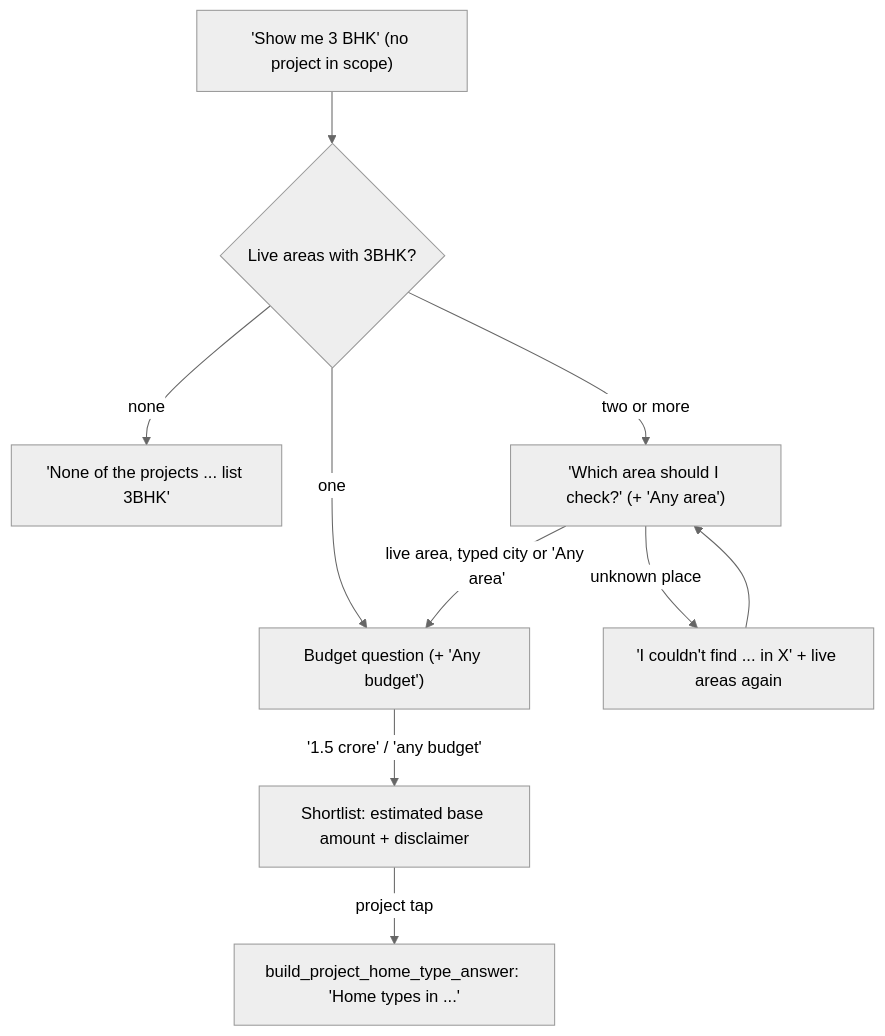
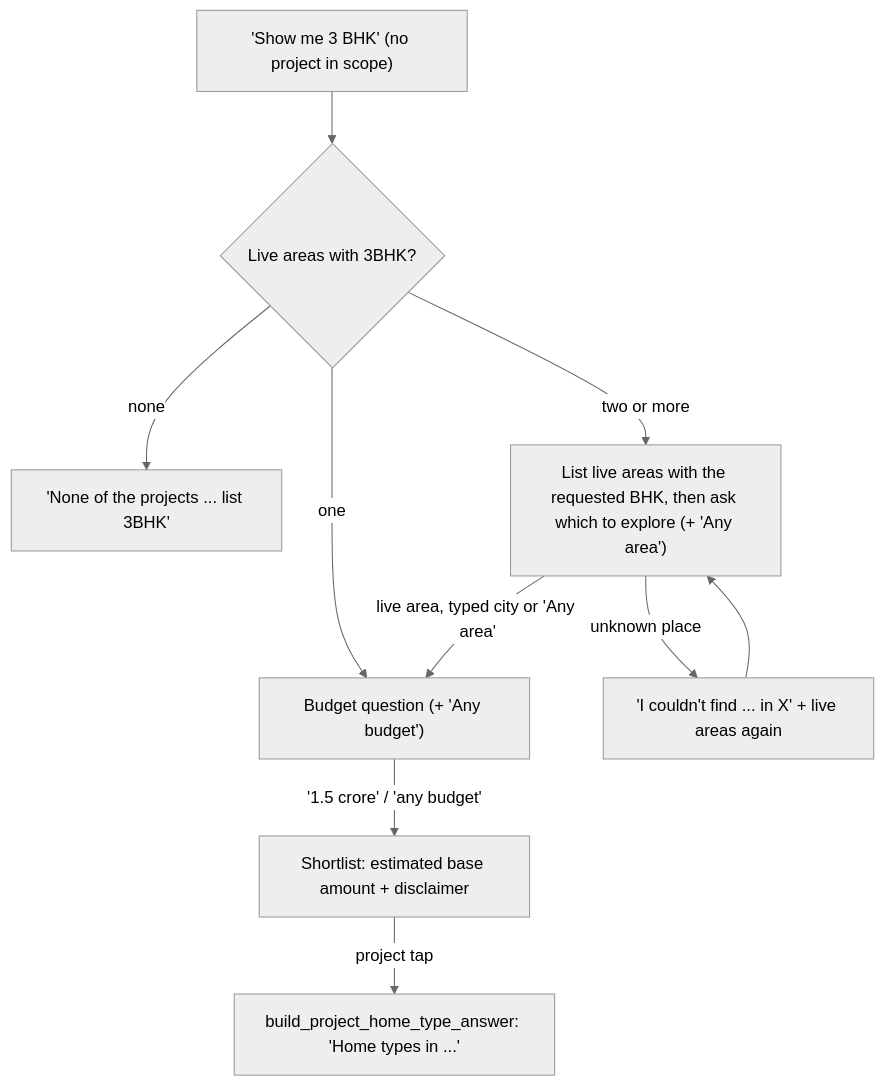
Before and after one commit to Anish-1205/acrobuild_customercare: the second of 2 diagrams in docs/CHAT_FLOW.md, drawn with Mermaid (neutral theme). The commit also changed 4 other files, not shown here.

Commit message:
Show eligible live areas before locality selection

````diff
--- a/docs/CHAT_FLOW.md
+++ b/docs/CHAT_FLOW.md
@@ -151,12 +151,12 @@
 ```mermaid
 flowchart TD
   Ask["'Show me 3 BHK' (no project in scope)"] --> Areas{"Live areas with 3BHK?"}
   Areas -->|none| NoConfig["'None of the projects ... list 3BHK'"]
   Areas -->|one| Budget["Budget question (+ 'Any budget')"]
-  Areas -->|two or more| AreaQ["'Which area should I check?' (+ 'Any area')"]
+  Areas -->|two or more| AreaQ["List live areas with the requested BHK, then ask which to explore (+ 'Any area')"]
   AreaQ -->|live area, typed city or 'Any area'| Budget
   AreaQ -->|unknown place| NotFound["'I couldn't find ... in X' + live areas again"]
   NotFound --> AreaQ
   Budget -->|'1.5 crore' / 'any budget'| Shortlist["Shortlist: estimated base amount + disclaimer"]
   Shortlist -->|project tap| HomeTypes["build_project_home_type_answer: 'Home types in ...'"]
 ```
````
